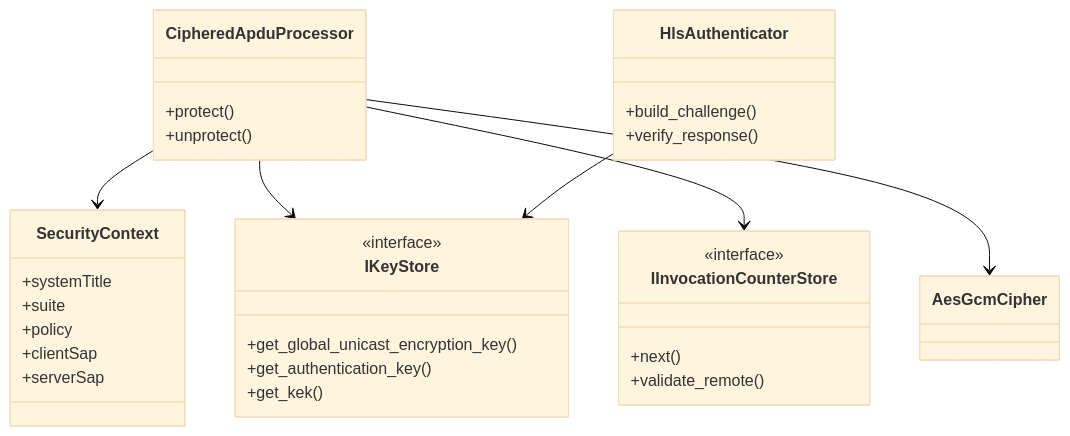
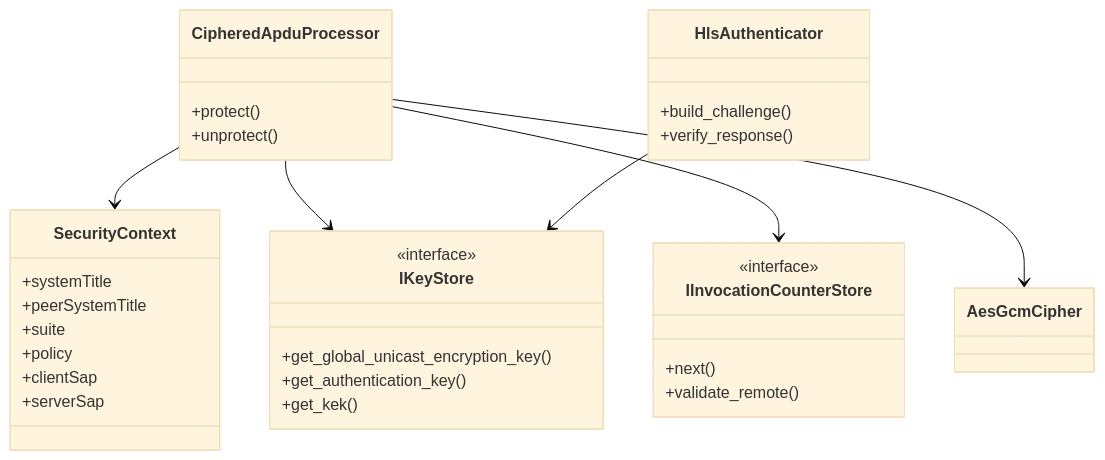
One commit to gvtret/dlms changed the eighth of 12 diagrams in docs/system_architecture.md. Above: the diagram before and after it, drawn with Mermaid (base theme). The commit also changed 1 other file, not shown here.

Commit message:
build: update endpoint peer title integration
Record the endpoint submodule update and pass the server title explicitly in
the root public ciphered endpoint integration runner.

Verification: root CTest passed on MinGW with 615/615 tests.

````diff
--- a/docs/system_architecture.md
+++ b/docs/system_architecture.md
@@ -545,41 +545,42 @@
 ```mermaid
 classDiagram
   class SecurityContext {
     +systemTitle
+    +peerSystemTitle
     +suite
     +policy
     +clientSap
     +serverSap
   }
 
   class IKeyStore {
     <<interface>>
     +get_global_unicast_encryption_key()
     +get_authentication_key()
     +get_kek()
   }
 
   class IInvocationCounterStore {
     <<interface>>
     +next()
     +validate_remote()
   }
 
   class CipheredApduProcessor {
     +protect()
     +unprotect()
   }
 
   class HlsAuthenticator {
     +build_challenge()
     +verify_response()
   }
 
   class AesGcmCipher
 
   CipheredApduProcessor --> SecurityContext
   CipheredApduProcessor --> IKeyStore
   CipheredApduProcessor --> IInvocationCounterStore
   CipheredApduProcessor --> AesGcmCipher
   HlsAuthenticator --> IKeyStore
 ```
````
